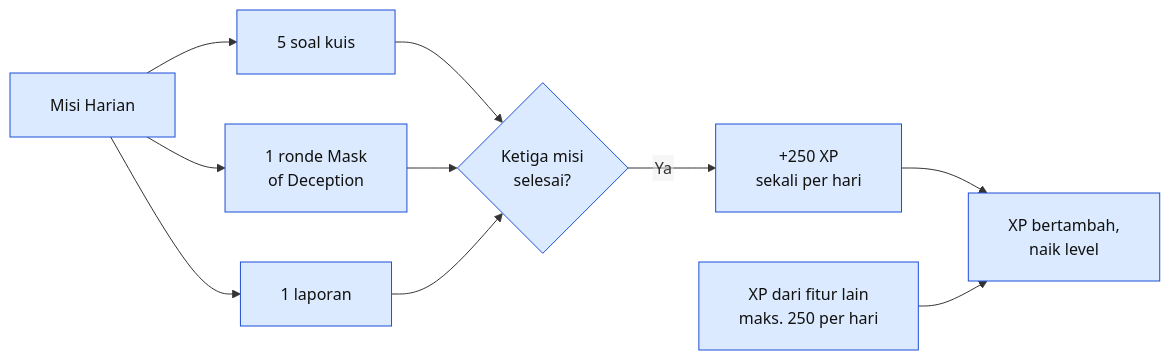
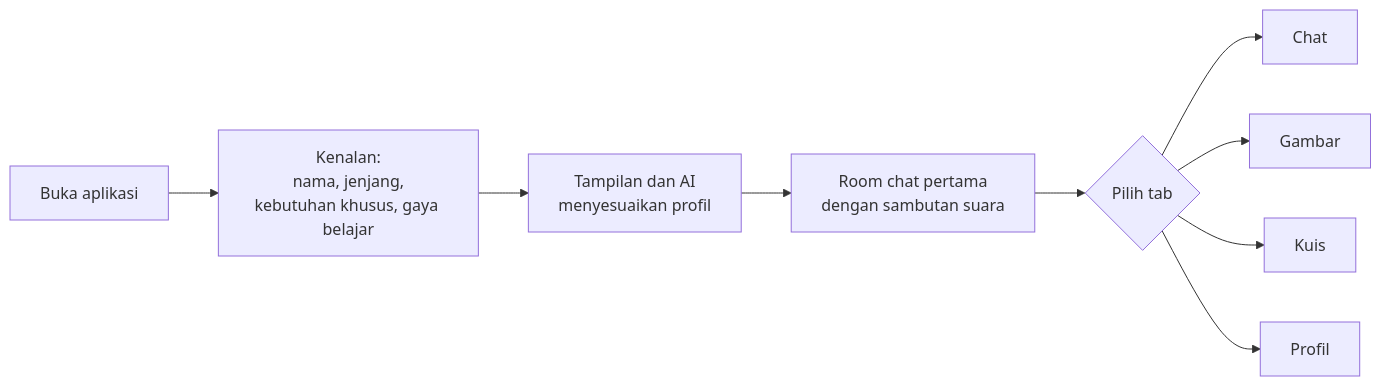
The first of 2 diagrams in README.md (ZaidAlHibb/ITIHIX), drawn with Mermaid before and after one commit. The commit also changed other lines of this file, not shown here.

````diff
--- a/README.md
+++ b/README.md
@@ -463,15 +102,11 @@
 ```mermaid
-%%{init: {"flowchart": {"htmlLabels": false, "padding": 20}, "themeVariables": {"fontFamily": "Arial, Helvetica, sans-serif"}}}%%
 flowchart LR
-    A[Misi Harian] --> B[5 soal kuis]
-    A --> C[1 ronde Mask<br/>of Deception]
-    A --> D[1 laporan]
-    B --> E{Ketiga misi<br/>selesai?}
-    C --> E
-    D --> E
-    E -->|Ya| F[+250 XP<br/>sekali per hari]
-    F --> G[XP bertambah,<br/>naik level]
-    H[XP dari fitur lain<br/>maks. 250 per hari] --> G
-    classDef user fill:#dbeafe,stroke:#1d4ed8,color:#111111
-    class A,B,C,D,E,F,G,H user
+    A[Buka aplikasi] --> B[Kenalan:<br/>nama, jenjang,<br/>kebutuhan khusus, gaya belajar]
+    B --> C[Tampilan dan AI<br/>menyesuaikan profil]
+    C --> D[Room chat pertama<br/>dengan sambutan suara]
+    D --> E{Pilih tab}
+    E --> F[Chat]
+    E --> G[Gambar]
+    E --> H[Kuis]
+    E --> I[Profil]
 ```
````
